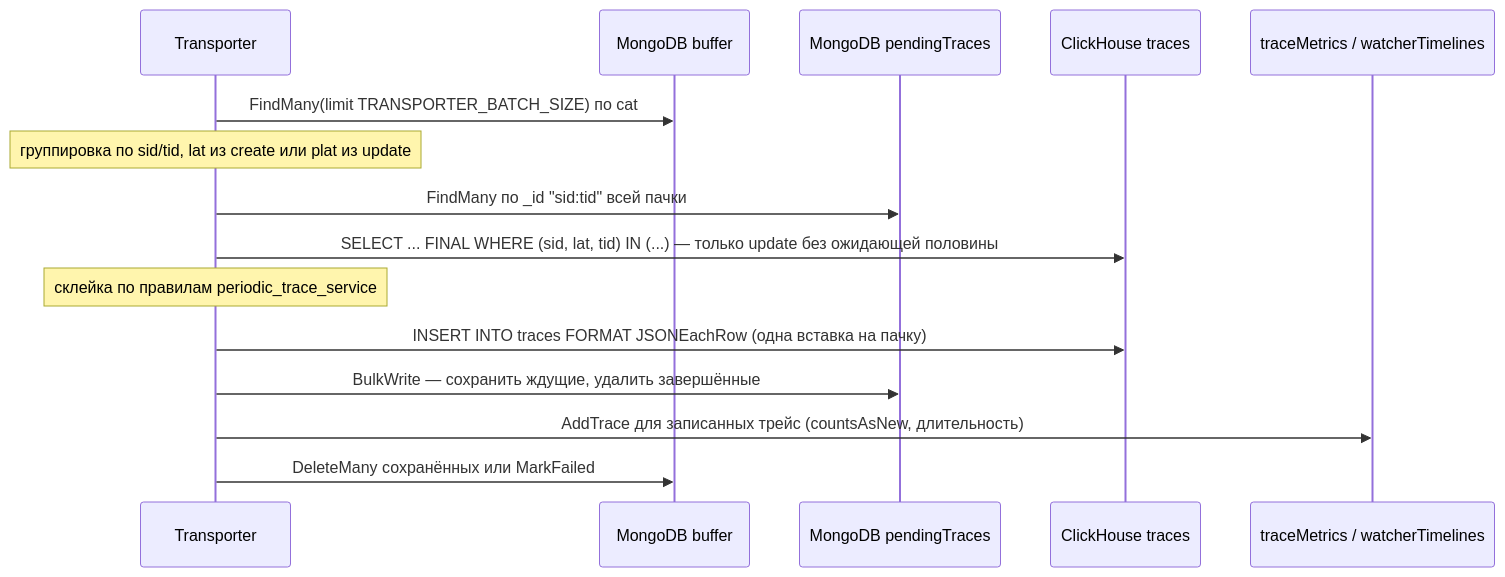
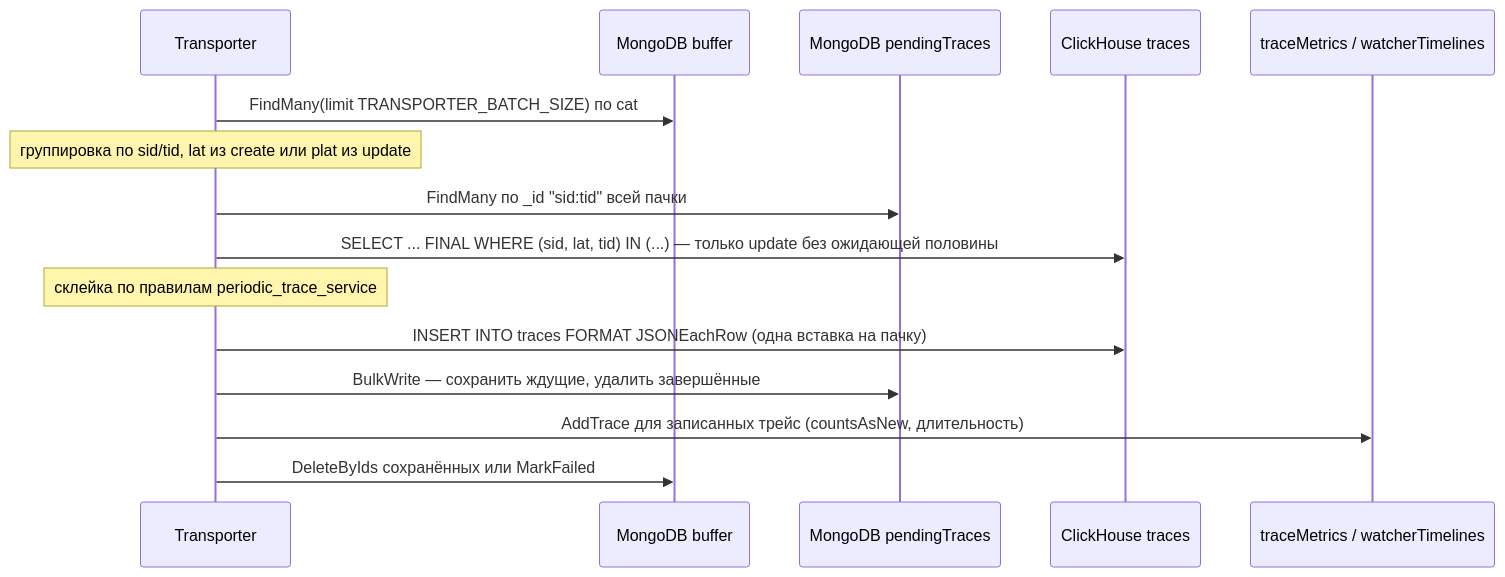
The second of 3 diagrams in openspec/changes/traces-clickhouse-storage/design.md (sprust/slogger), drawn with Mermaid before and after one commit. The commit also changed other lines of this file and 32 other files, not shown here.

````diff
--- a/openspec/changes/traces-clickhouse-storage/design.md
+++ b/openspec/changes/traces-clickhouse-storage/design.md
@@ -104,17 +104,17 @@
 ```mermaid
 sequenceDiagram
     participant T as Transporter
     participant B as MongoDB buffer
     participant P as MongoDB pendingTraces
     participant C as ClickHouse traces
     participant S as traceMetrics / watcherTimelines
     T->>B: FindMany(limit TRANSPORTER_BATCH_SIZE) по cat
     Note over T: группировка по sid/tid, lat из create или plat из update
     T->>P: FindMany по _id "sid:tid" всей пачки
     T->>C: SELECT ... FINAL WHERE (sid, lat, tid) IN (...) — только update без ожидающей половины
     Note over T: склейка по правилам periodic_trace_service
     T->>C: INSERT INTO traces FORMAT JSONEachRow (одна вставка на пачку)
     T->>P: BulkWrite — сохранить ждущие, удалить завершённые
     T->>S: AddTrace для записанных трейс (countsAsNew, длительность)
-    T->>B: DeleteMany сохранённых или MarkFailed
+    T->>B: DeleteByIds сохранённых или MarkFailed
 ```
````
